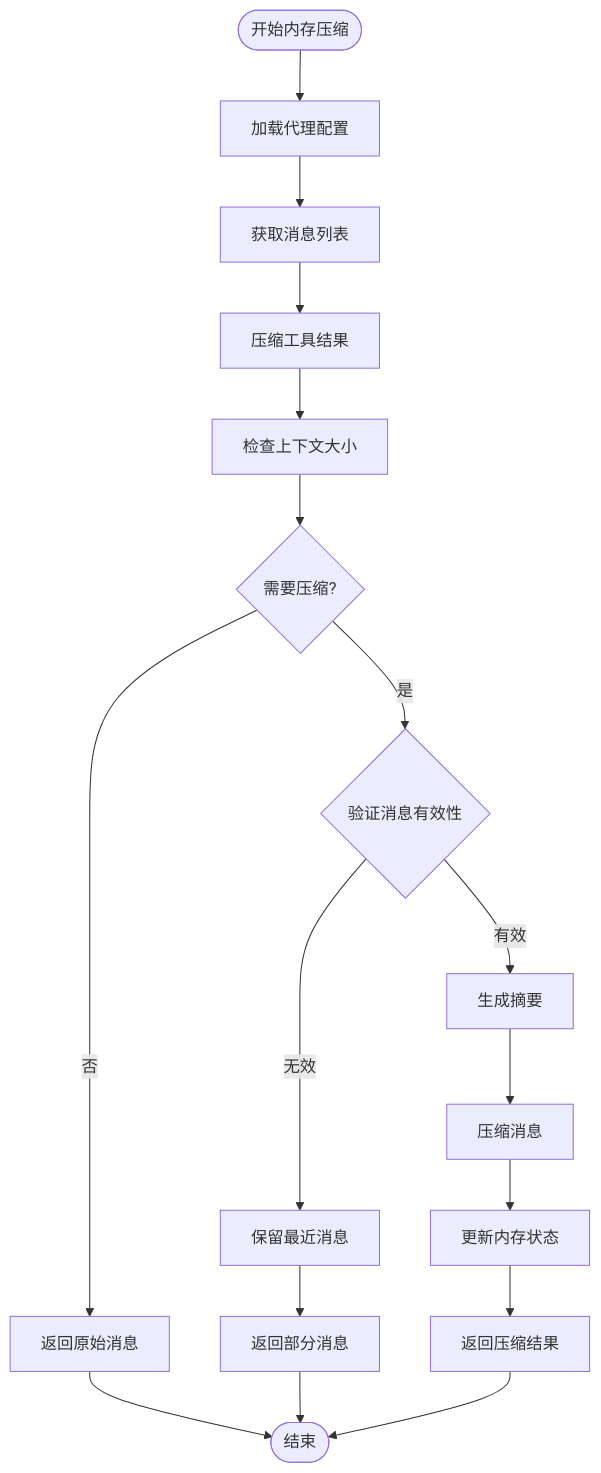
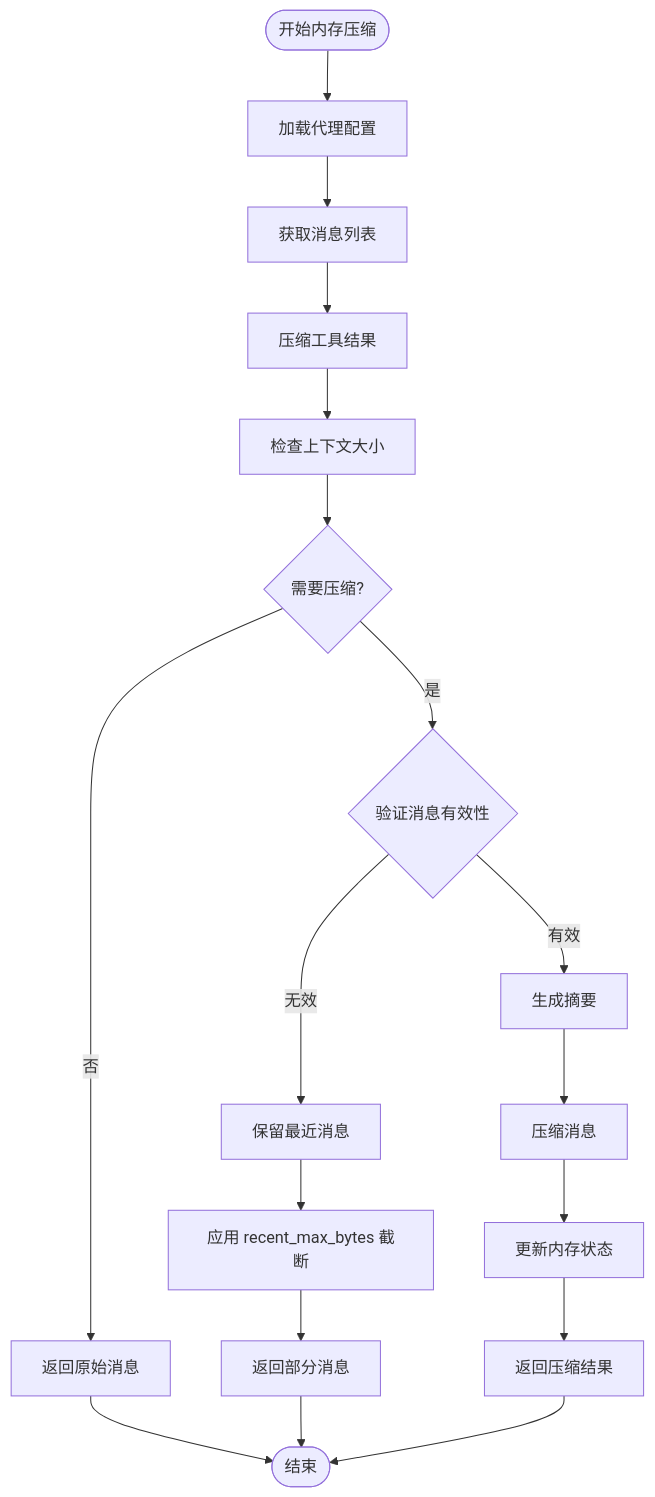
The seventh of 10 diagrams in .qoder/repowiki/zh/content/后端核心模块/上下文管理重构.md (livehl/CoPaw), drawn with Mermaid before and after one commit. The commit also changed other lines of this file and 12 other files, not shown here.

````diff
--- a/.qoder/repowiki/zh/content/后端核心模块/上下文管理重构.md
+++ b/.qoder/repowiki/zh/content/后端核心模块/上下文管理重构.md
@@ -272,19 +319,20 @@
 ```mermaid
 flowchart TD
 Start([开始内存压缩]) --> LoadConfig[加载代理配置]
 LoadConfig --> GetMessages[获取消息列表]
 GetMessages --> CompactTool[压缩工具结果]
 CompactTool --> CheckContext[检查上下文大小]
 CheckContext --> NeedCompact{需要压缩?}
 NeedCompact --> |否| ReturnOriginal[返回原始消息]
 NeedCompact --> |是| ValidateMessages{验证消息有效性}
 ValidateMessages --> |无效| KeepRecent[保留最近消息]
 ValidateMessages --> |有效| GenerateSummary[生成摘要]
-KeepRecent --> ReturnPartial[返回部分消息]
+KeepRecent --> ApplyRecentMaxBytes[应用 recent_max_bytes 截断]
+ApplyRecentMaxBytes --> ReturnPartial[返回部分消息]
 GenerateSummary --> CompactMessages[压缩消息]
 CompactMessages --> UpdateMemory[更新内存状态]
 UpdateMemory --> ReturnResult[返回压缩结果]
 ReturnOriginal --> End([结束])
 ReturnPartial --> End
 ReturnResult --> End
 ```
````
